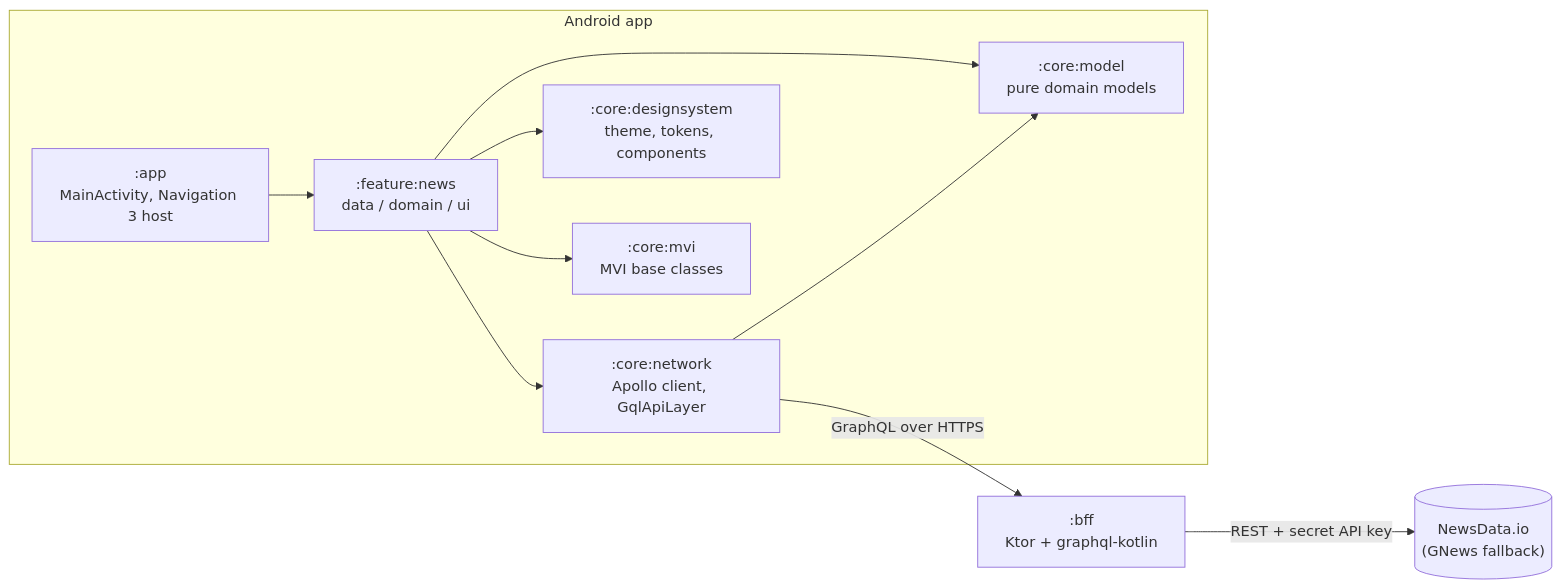
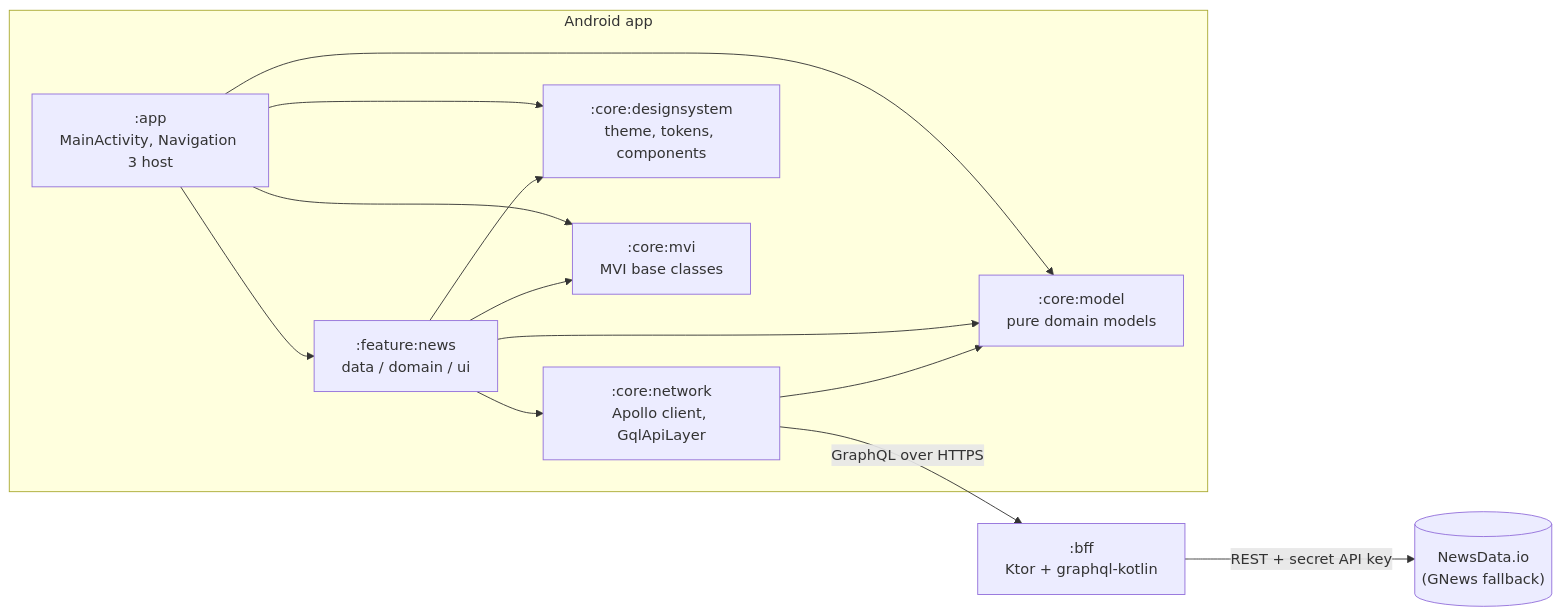
The diagram in ARCHITECTURE.md (baruckis/ai-news), drawn with Mermaid before and after one commit. The commit also changed 5 other files, not shown here.

First line of the commit message:
docs: complete the module diagrams and shrink the screenshots

````diff
--- a/ARCHITECTURE.md
+++ b/ARCHITECTURE.md
@@ -9,23 +9,26 @@
 ```mermaid
 flowchart LR
     subgraph android["Android app"]
         app[":app<br/>MainActivity, Navigation 3 host"]
         news[":feature:news<br/>data / domain / ui"]
         network[":core:network<br/>Apollo client, GqlApiLayer"]
         designsystem[":core:designsystem<br/>theme, tokens, components"]
         mvi[":core:mvi<br/>MVI base classes"]
         model[":core:model<br/>pure domain models"]
         app --> news
+        app --> designsystem
+        app --> model
+        app --> mvi
         news --> network
         news --> designsystem
         news --> mvi
         news --> model
         network --> model
     end
 
     bff[":bff<br/>Ktor + graphql-kotlin"]
     provider[("NewsData.io<br/>(GNews fallback)")]
 
     network -- "GraphQL over HTTPS" --> bff
     bff -- "REST + secret API key" --> provider
 ```
````
